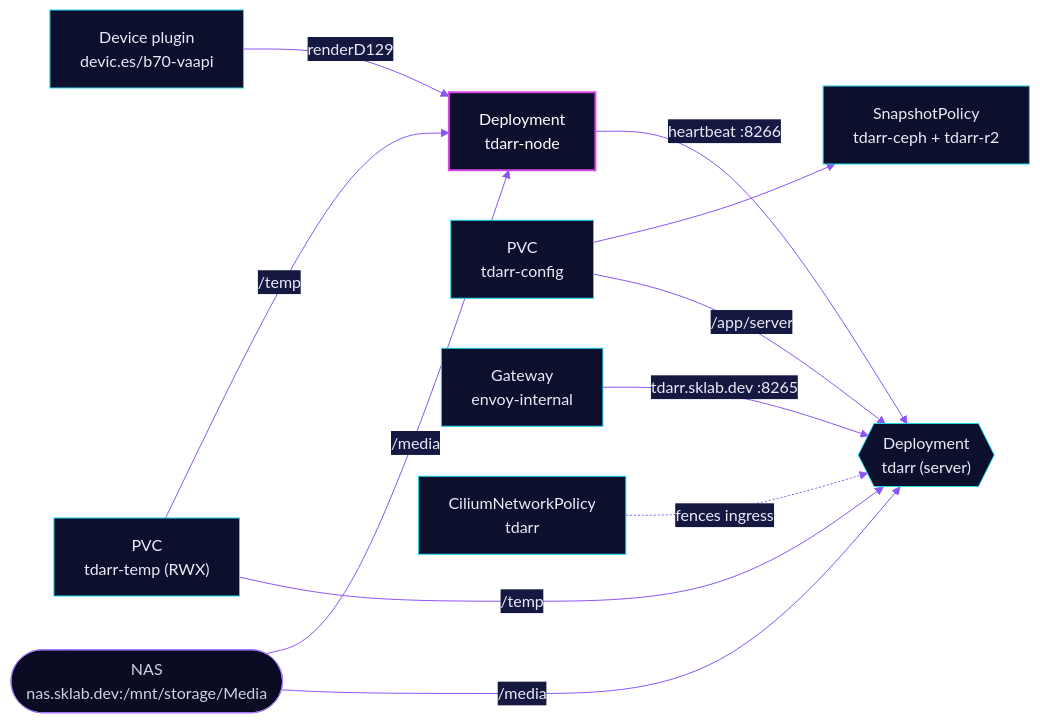
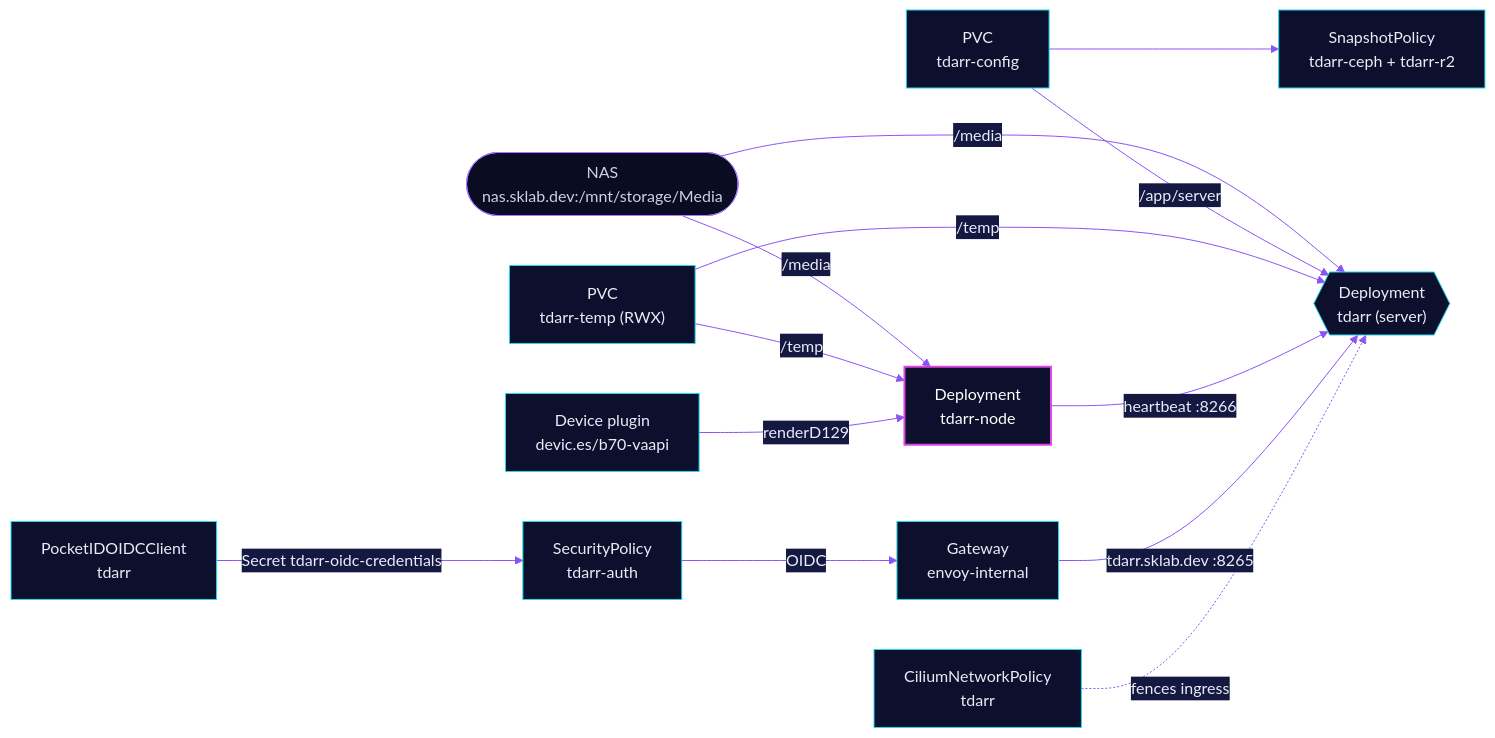
The diagram in kubernetes/apps/base/media/tdarr/README.md (skrumbach/home-ops), drawn with Mermaid before and after one commit. The commit also changed other lines of this file and 33 other files, not shown here.

First line of the commit message:
feat(security): close the open routes with Pocket ID (three Envoy gates, three native logins)

````diff
--- a/kubernetes/apps/base/media/tdarr/README.md
+++ b/kubernetes/apps/base/media/tdarr/README.md
@@ -34,18 +34,20 @@
 ```mermaid
 %%{init: {'theme':'base','themeVariables':{'primaryColor':'#0D102C','primaryTextColor':'#E9ECF7','primaryBorderColor':'#22D8F0','lineColor':'#8B55F5','secondaryColor':'#151941','tertiaryColor':'#090C22','edgeLabelBackground':'#151941'}}}%%
 flowchart LR
   nas(["NAS<br/>nas.sklab.dev:/mnt/storage/Media"]) -->|/media| srv{{"Deployment<br/>tdarr (server)"}}
   nas -->|/media| node["Deployment<br/>tdarr-node"]
   cfg["PVC<br/>tdarr-config"] -->|/app/server| srv
   tmp["PVC<br/>tdarr-temp (RWX)"] -->|/temp| srv
   tmp -->|/temp| node
   node -->|"heartbeat :8266"| srv
   gp["Device plugin<br/>devic.es/b70-vaapi"] -->|renderD129| node
   gw["Gateway<br/>envoy-internal"] -->|"tdarr.sklab.dev :8265"| srv
   cnp["CiliumNetworkPolicy<br/>tdarr"] -.->|fences ingress| srv
+  secpol["SecurityPolicy<br/>tdarr-auth"] -->|OIDC| gw
+  oidc["PocketIDOIDCClient<br/>tdarr"] -->|Secret tdarr-oidc-credentials| secpol
   cfg --> sp["SnapshotPolicy<br/>tdarr-ceph + tdarr-r2"]
   classDef accent fill:#0D102C,stroke:#D946E6,stroke-width:2px,color:#FFFFFF
   classDef ext fill:#090C22,stroke:#A57BFF,color:#CDD2E6
   class node accent
   class nas ext
 ```
````
